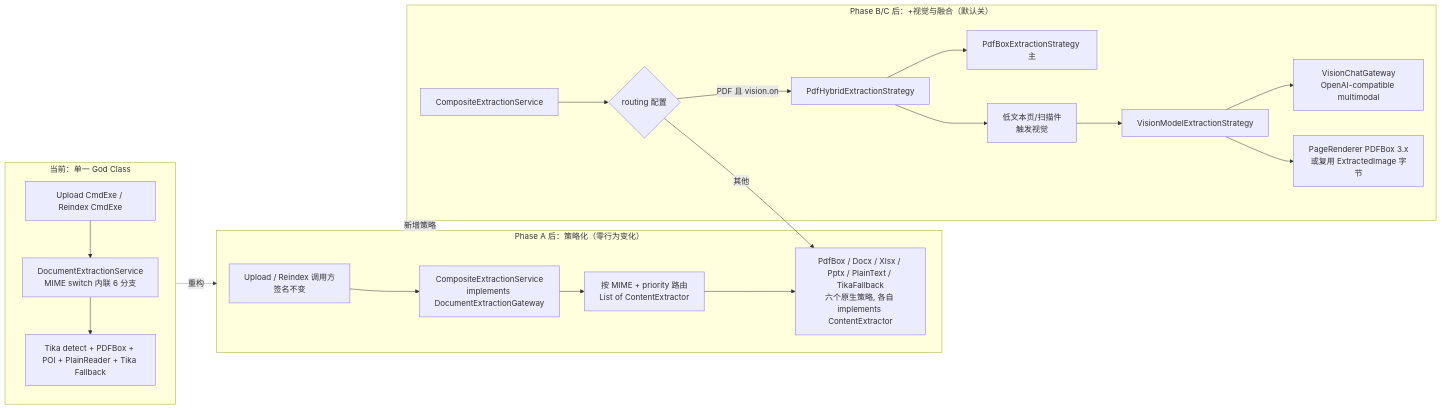
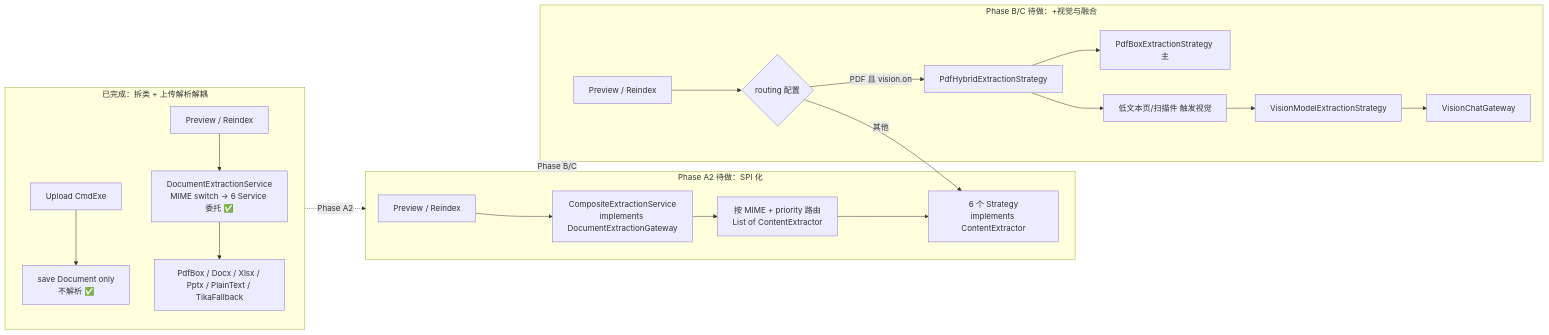
The first of 7 diagrams in docs/extraction-strategy-refactor-plan.md (mouhinU/Knowledge_Repository), drawn with Mermaid before and after one commit. The commit also changed other lines of this file, not shown here.

````diff
--- a/docs/extraction-strategy-refactor-plan.md
+++ b/docs/extraction-strategy-refactor-plan.md
@@ -29,27 +53,27 @@
 ```mermaid
 flowchart LR
-    subgraph Now["当前：单一 God Class"]
-        A1[Upload CmdExe / Reindex CmdExe] --> A2[DocumentExtractionService<br/>MIME switch 内联 6 分支]
-        A2 --> A3[Tika detect + PDFBox + POI + PlainReader + Tika Fallback]
+    subgraph Done["已完成：拆类 + 上传解析解耦"]
+        A0[Upload CmdExe] --> A0b[save Document only<br/>不解析 ✅]
+        A1[Preview / Reindex] --> A2[DocumentExtractionService<br/>MIME switch → 6 Service 委托 ✅]
+        A2 --> A3[PdfBox / Docx / Xlsx / Pptx / PlainText / TikaFallback]
     end
 
-    subgraph PhaseA["Phase A 后：策略化（零行为变化）"]
-        B1[Upload / Reindex 调用方<br/>签名不变] --> B2[CompositeExtractionService<br/>implements DocumentExtractionGateway]
+    subgraph PhaseA2["Phase A2 待做：SPI 化"]
+        B1[Preview / Reindex] --> B2[CompositeExtractionService<br/>implements DocumentExtractionGateway]
         B2 --> B3[按 MIME + priority 路由<br/>List of ContentExtractor]
-        B3 --> B4[PdfBox / Docx / Xlsx / Pptx / PlainText / TikaFallback<br/>六个原生策略, 各自 implements ContentExtractor]
+        B3 --> B4[6 个 Strategy<br/>implements ContentExtractor]
     end
 
-    subgraph PhaseBC["Phase B/C 后：+视觉与融合（默认关）"]
-        C1[CompositeExtractionService] --> C2{routing 配置}
+    subgraph PhaseBC["Phase B/C 待做：+视觉与融合"]
+        C1[Preview / Reindex] --> C2{routing 配置}
         C2 -->|PDF 且 vision.on| C3[PdfHybridExtractionStrategy]
         C3 --> C4[PdfBoxExtractionStrategy 主]
-        C3 --> C5[低文本页/扫描件<br/>触发视觉]
+        C3 --> C5[低文本页/扫描件 触发视觉]
         C5 --> C6[VisionModelExtractionStrategy]
-        C6 --> C7[VisionChatGateway<br/>OpenAI-compatible multimodal]
-        C6 --> C8[PageRenderer PDFBox 3.x<br/>或复用 ExtractedImage 字节]
+        C6 --> C7[VisionChatGateway]
         C2 -->|其他| B4
     end
 
-    Now -.重构.-> PhaseA
-    PhaseA -.新增策略.-> PhaseBC
+    Done -.Phase A2.-> PhaseA2
+    PhaseA2 -.Phase B/C.-> PhaseBC
 ```
````
